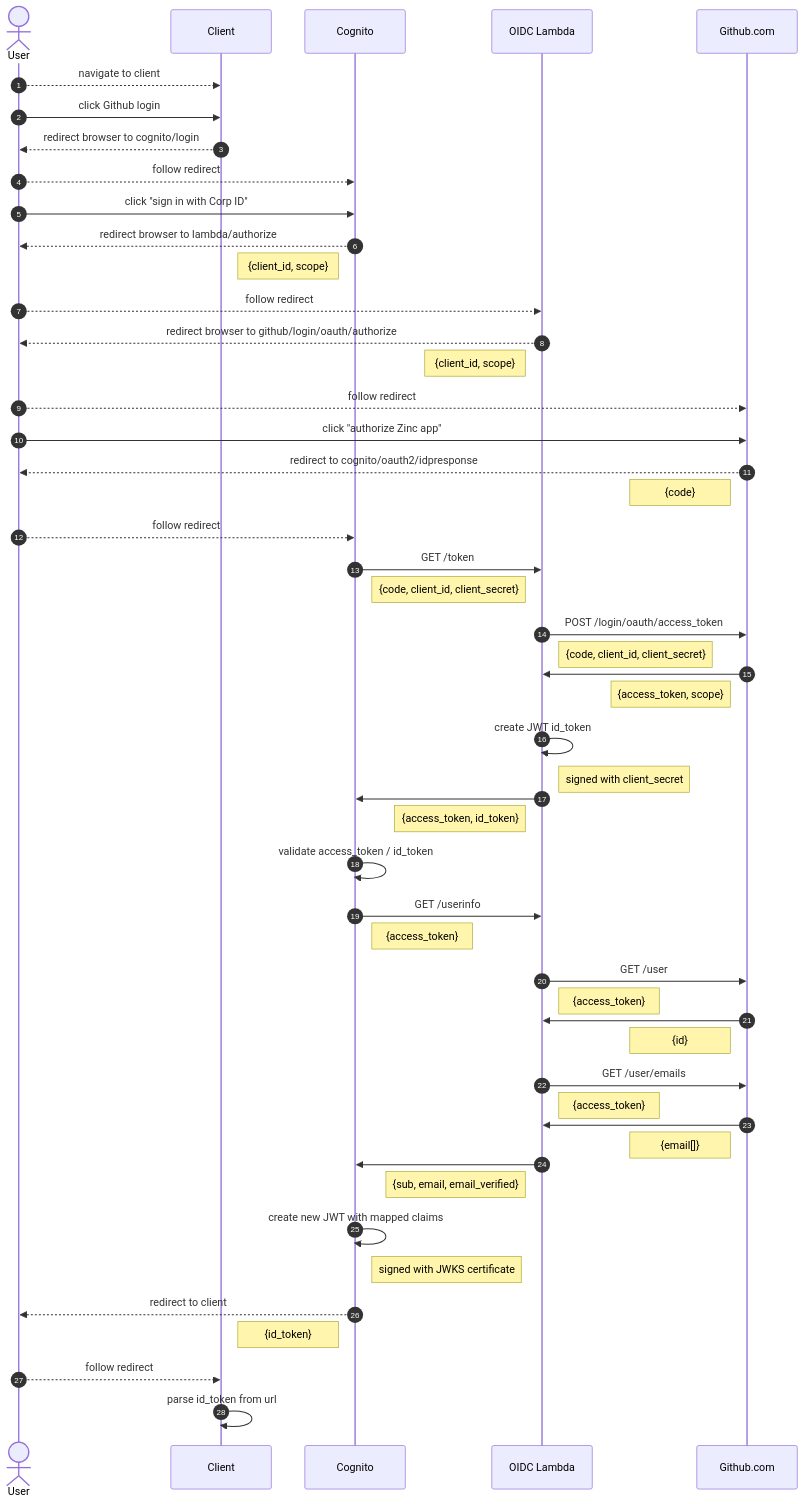
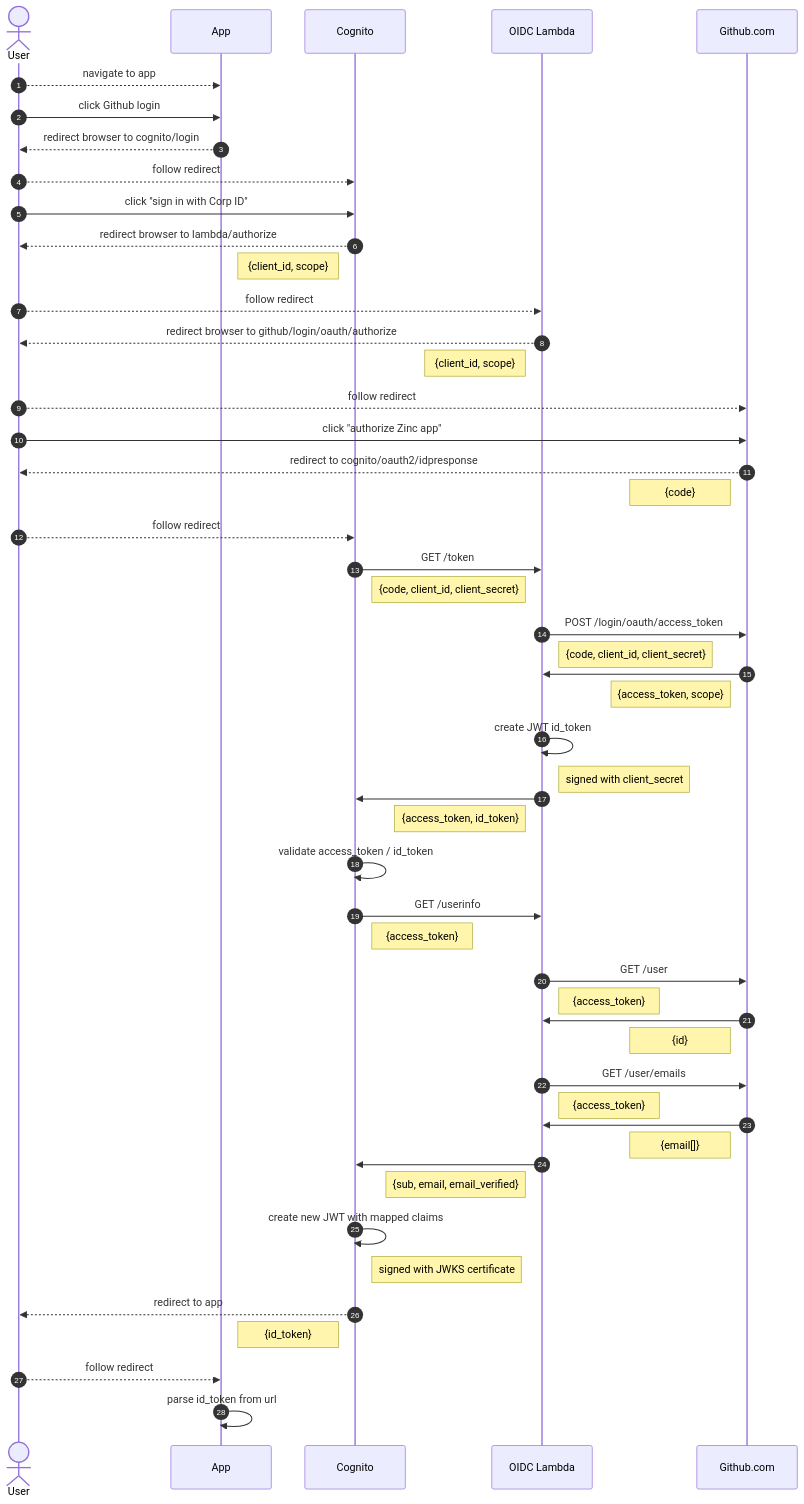
The diagram in aws-infra/lambda/doc/cognito-github.md (shorn/zinc), drawn with Mermaid before and after one commit. The commit also changed 5 other files, not shown here.

````diff
--- a/aws-infra/lambda/doc/cognito-github.md
+++ b/aws-infra/lambda/doc/cognito-github.md
@@ -25,55 +25,55 @@
 ```mermaid
 sequenceDiagram
     autonumber
     actor user as User
-    participant client as Client
+    participant app as App
     participant cognito as Cognito
     participant lambda as OIDC Lambda
     participant github as Github.com
     
-    user-->>client: navigate to client
-    user->>client: click Github login
-    client-->>user: redirect browser to cognito/login
+    user-->>app: navigate to app
+    user->>app: click Github login
+    app-->>user: redirect browser to cognito/login
     user-->>cognito: follow redirect
     user->>cognito: click "sign in with Corp ID"
     cognito-->>user: redirect browser to lambda/authorize
     note left of cognito: {client_id, scope}
     user-->>lambda: follow redirect
     lambda-->>user: redirect browser to github/login/oauth/authorize
     note left of lambda: {client_id, scope}
     user-->>github: follow redirect
     user->>github: click "authorize Zinc app"
     github-->>user: redirect to cognito/oauth2/idpresponse
     note left of github: {code}
     user-->>cognito: follow redirect
     cognito->>lambda: GET /token
     note right of cognito: {code, client_id, client_secret}
     lambda->>github: POST /login/oauth/access_token 
     note right of lambda: {code, client_id, client_secret}
     github->>lambda: 
     note left of github: {access_token, scope}
     lambda->>lambda: create JWT id_token
     note right of lambda: signed with client_secret
     lambda->>cognito: 
     note left of lambda: {access_token, id_token}    
     cognito->>cognito: validate access_token / id_token
     cognito->>lambda: GET /userinfo
     note right of cognito: {access_token}
     lambda->>github: GET /user
     note right of lambda: {access_token}
     github->>lambda: 
     note left of github: {id}
     lambda->>github: GET /user/emails
     note right of lambda: {access_token}
     github->>lambda: 
     note left of github: {email[]}
     lambda->>cognito: 
     note left of lambda: {sub, email, email_verified}
     cognito->>cognito: create new JWT with mapped claims
     note right of cognito: signed with JWKS certificate
-    cognito-->>user: redirect to client
+    cognito-->>user: redirect to app
     note left of cognito: {id_token}
-    user-->>client: follow redirect
-    client->>client: parse id_token from url
+    user-->>app: follow redirect
+    app->>app: parse id_token from url
 
 ```
````
